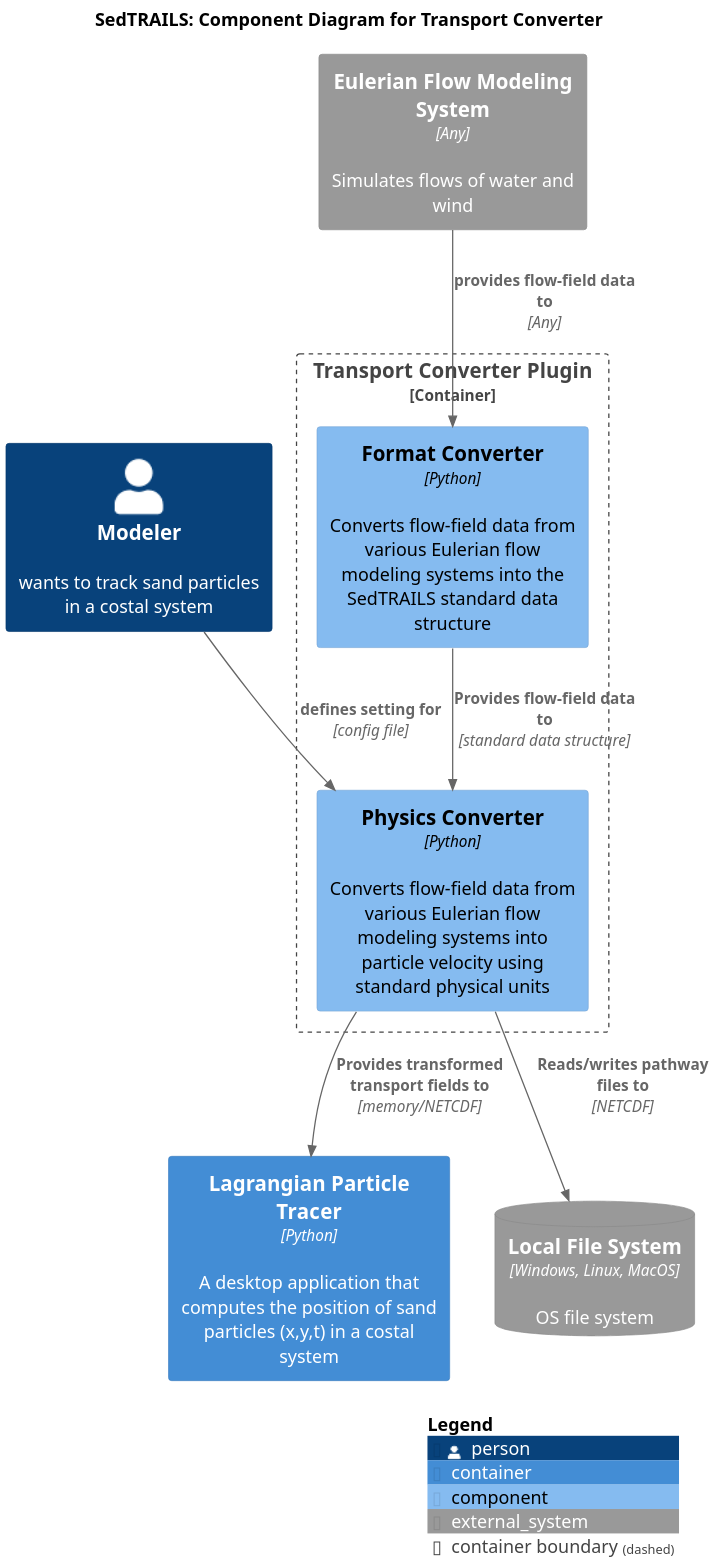
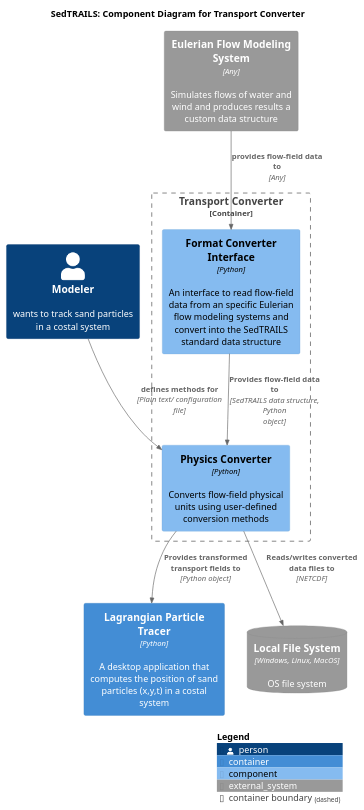
Before and after one commit to sgpearson17/sedtrails-sgp: the diagram in diagrams/componets-converter-app.puml, drawn with PlantUML.

Commit message:
update  conveter components

```diff
--- a/diagrams/componets-converter-app.puml
+++ b/diagrams/componets-converter-app.puml
@@ -1,33 +1,35 @@
 @startuml SedtrailComponentsConverter
 !include ./c4/C4_Component.puml
 
 ' LAYOUT_LANDSCAPE()
 
 title SedTRAILS: Component Diagram for Transport Converter
-scale 2
+scale 1
 
 Person(modeler, "Modeler", "wants to track sand particles in a costal system")
 
-Container_Boundary(transportConverter, "Transport Converter Plugin"){ 
-    Component(formatConverter, "Format Converter", "Python", "Converts flow-field data from various Eulerian flow modeling systems into the SedTRAILS standard data structure")
-    Component(physicsConverter, "Physics Converter", "Python", "Converts flow-field data from various Eulerian flow modeling systems into particle velocity using standard physical units")
+Container_Boundary(transportConverter, "Transport Converter"){ 
+    
+    Component(formatConverter, "Format Converter Interface", "Python", "An interface to read flow-field data from an specific Eulerian flow modeling systems and convert into the SedTRAILS standard data structure")
+
+    Component(physicsConverter, "Physics Converter", "Python", "Converts flow-field physical units using user-defined conversion methods")
         
-    Rel(formatConverter, physicsConverter, "Provides flow-field data to", "standard data structure")
+    Rel(formatConverter, physicsConverter, "Provides flow-field data to", "SedTRAILS data structure, Python object")
 
-    Rel(modeler, physicsConverter, "defines setting for", "config file")
+    Rel(modeler, physicsConverter, "defines methods for", "Plain text/ configuration file")
 
 }
 
 
 Container(particleTracer, "Lagrangian Particle Tracer", "Python", "A desktop application that computes the position of sand particles (x,y,t) in a costal system")
 
-System_Ext(flowSystem, "Eulerian Flow Modeling System", "Simulates flows of water and wind", $type="Any")
+System_Ext(flowSystem, "Eulerian Flow Modeling System", "Simulates flows of water and wind and produces results a custom data structure", $type="Any")
 SystemDb_Ext(fileSystem, "Local File System", "OS file system", $type="Windows, Linux, MacOS")
 
-Rel(physicsConverter, particleTracer, "Provides transformed transport fields to", "memory/NETCDF")
-Rel(physicsConverter, fileSystem, "Reads/writes pathway files to", "NETCDF")
+Rel(physicsConverter, particleTracer, "Provides transformed transport fields to", "Python object")
+Rel(physicsConverter, fileSystem, "Reads/writes converted data files to", "NETCDF")
 
 Rel(flowSystem, formatConverter, "provides flow-field data to ", "Any")
 
 SHOW_LEGEND()
 @enduml
```
